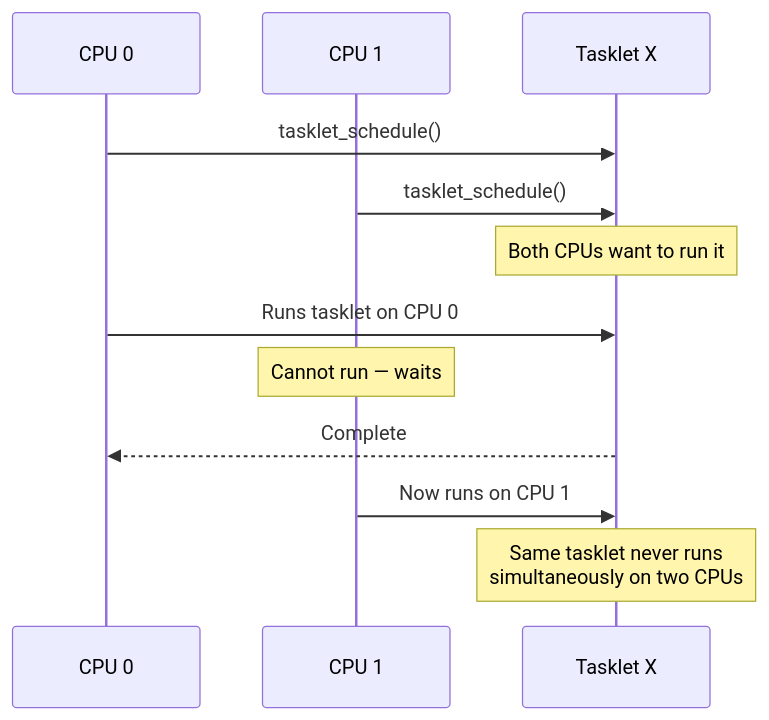
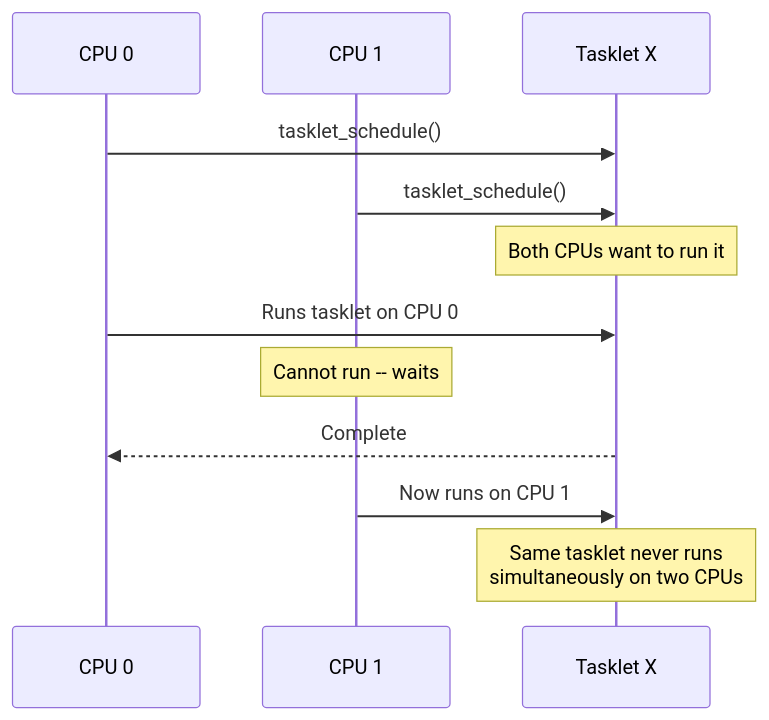
One commit to Abhinav-Kumar012/lb2 changed the fourth of 7 diagrams in src/kernel/interrupts/top-bottom-halves.md. Above: the diagram before and after it, drawn with Mermaid. The commit also changed other lines of this file and 211 other files, not shown here.

First line of the commit message:
fix: mermaid syntax issues across 212 files

````diff
--- a/src/kernel/interrupts/top-bottom-halves.md
+++ b/src/kernel/interrupts/top-bottom-halves.md
@@ -283,18 +283,18 @@
 ```mermaid
 sequenceDiagram
     participant CPU0 as CPU 0
     participant CPU1 as CPU 1
     participant TL as Tasklet X
 
     CPU0->>TL: tasklet_schedule()
     CPU1->>TL: tasklet_schedule()
     Note over TL: Both CPUs want to run it
     
     CPU0->>TL: Runs tasklet on CPU 0
-    Note over CPU1: Cannot run — waits
+    Note over CPU1: Cannot run -- waits
     
     TL-->>CPU0: Complete
     CPU1->>TL: Now runs on CPU 1
     
     Note over TL: Same tasklet never runs<br>simultaneously on two CPUs
 ```
````
